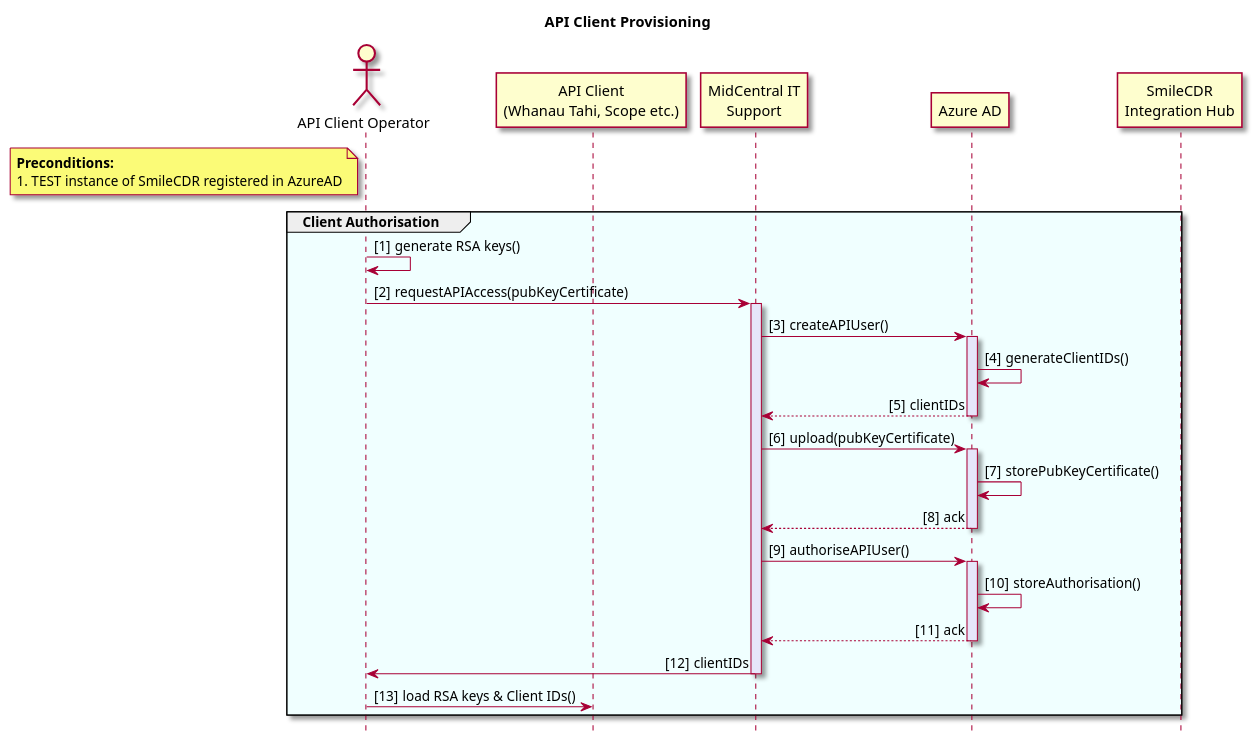
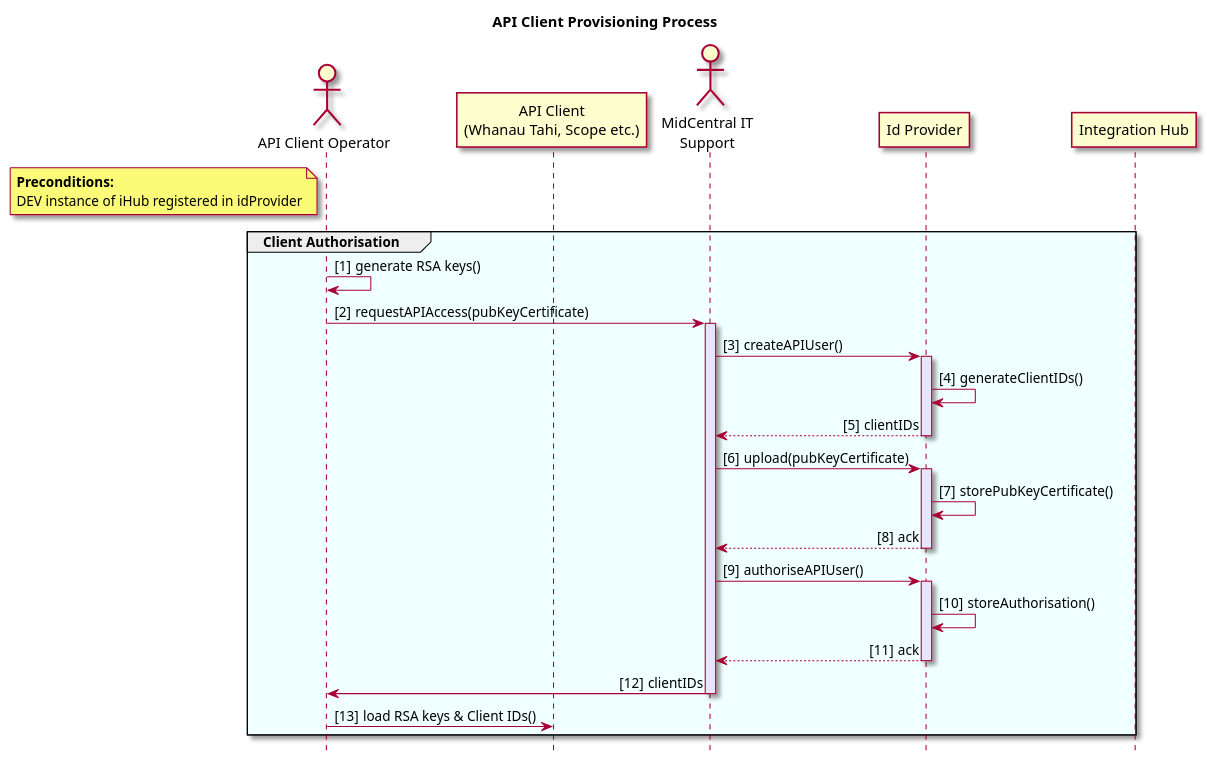
One commit to tewhatuora/centralRegion-integrationHub-ig changed the diagram in input/images-source/apiAuthorisation.plantuml. Above: the diagram before and after it, drawn with PlantUML. The commit also changed 28 other files, not shown here.

```diff
--- a/input/images-source/apiAuthorisation.plantuml
+++ b/input/images-source/apiAuthorisation.plantuml
@@ -1,51 +1,51 @@
 @startuml
 skin rose
 autonumber "[#]"
 hide footbox
 skinparam responseMessageBelowArrow true
 skinparam sequenceMessageAlign direction
 skinparam sequenceGroupBorderThickness 1
 
-title API Client Provisioning
+title API Client Provisioning Process
 
 actor "API Client Operator" as apiClientOp
 participant "API Client\n(Whanau Tahi, Scope etc.)" as apiClient
-participant "MidCentral IT\nSupport" as itSupport
-participant "Azure AD" as idProvider
-participant "SmileCDR\nIntegration Hub" as smileCDR
+actor "MidCentral IT\nSupport" as itSupport
+participant "Id Provider" as idProvider
+participant "Integration Hub" as smileCDR
 
 note left of apiClientOp
 **Preconditions:**
-1. TEST instance of SmileCDR registered in AzureAD
+DEV instance of iHub registered in idProvider
 end note
 
 group #azure Client Authorisation
   apiClientOp -> apiClientOp: generate RSA keys()
   apiClientOp -> itSupport: requestAPIAccess(pubKeyCertificate)
 
   activate itSupport #lavender
 
   itSupport -> idProvider: createAPIUser()
   activate idProvider #lavender
   idProvider -> idProvider: generateClientIDs()
   return clientIDs
 
   itSupport -> idProvider: upload(pubKeyCertificate)
   activate idProvider #lavender
   idProvider -> idProvider: storePubKeyCertificate()
   return ack
   deactivate idProvider
 
   itSupport -> idProvider: authoriseAPIUser()
   activate idProvider #lavender
   idProvider -> idProvider: storeAuthorisation()
   return ack
   deactivate idProvider
 
   itSupport -> apiClientOp: clientIDs
   deactivate itSupport
 
   apiClientOp -> apiClient: load RSA keys & Client IDs()
 end
 
 @enduml
```
